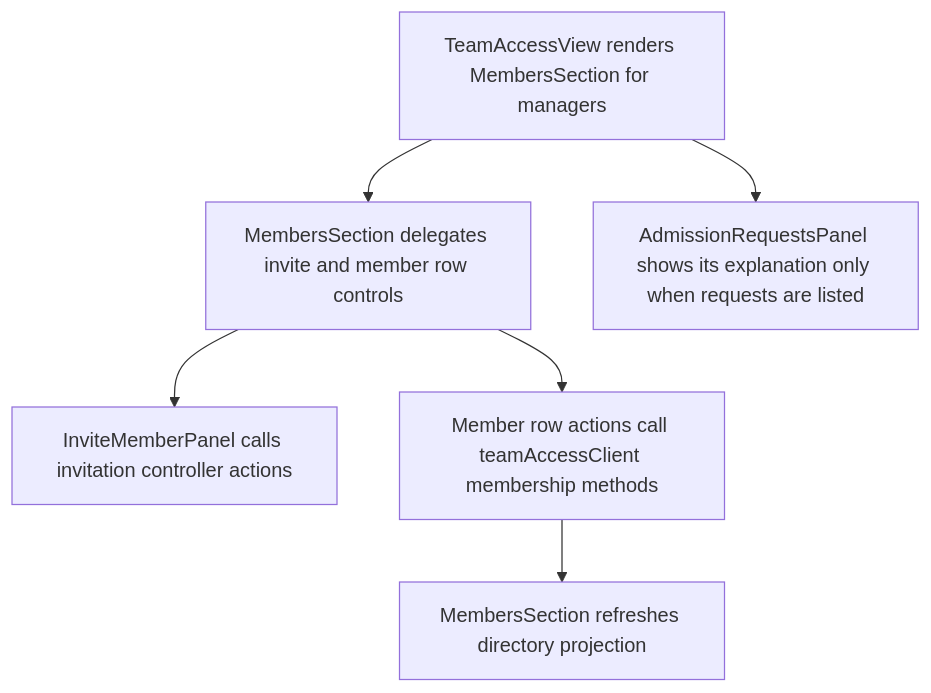
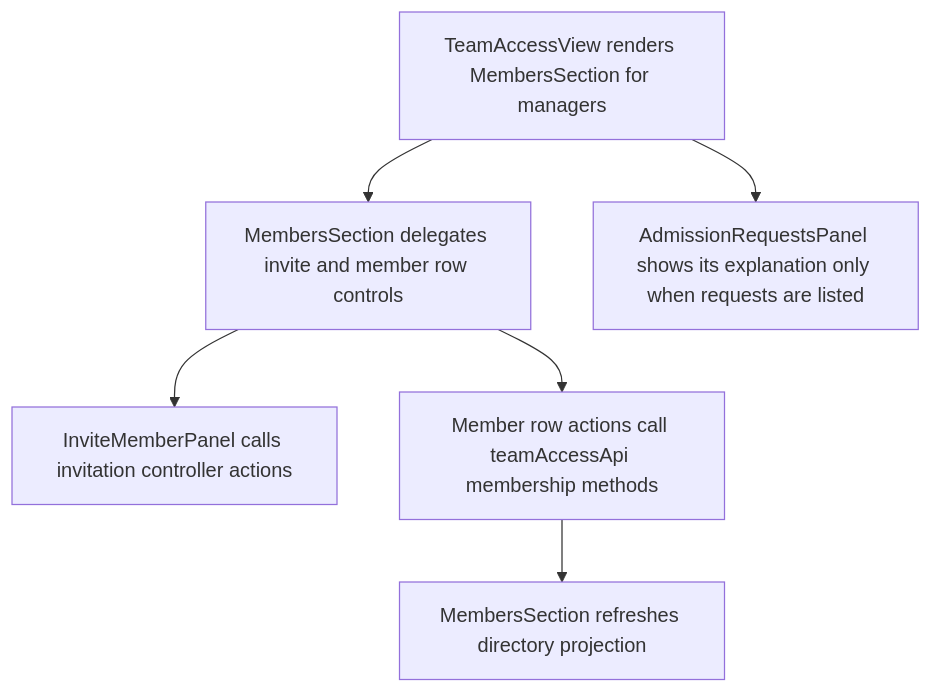
One commit to Kevinjohn/capacitylens changed the second of 2 diagrams in user-stories/settings/US-SET-10-member-management.md. Above: the diagram before and after it, drawn with Mermaid. The commit also changed other lines of this file and 79 other files, not shown here.

First line of the commit message:
Client to Api: rename the typed HTTP modules

````diff
--- a/user-stories/settings/US-SET-10-member-management.md
+++ b/user-stories/settings/US-SET-10-member-management.md
@@ -28,8 +28,8 @@
 ```mermaid
 flowchart TD
   team["TeamAccessView renders MembersSection for managers"] --> section["MembersSection delegates invite and member row controls"]
   team --> approval["AdmissionRequestsPanel shows its explanation only when requests are listed"]
   section --> invite["InviteMemberPanel calls invitation controller actions"]
-  section --> member["Member row actions call teamAccessClient membership methods"]
+  section --> member["Member row actions call teamAccessApi membership methods"]
   member --> list["MembersSection refreshes directory projection"]
 ```
````
